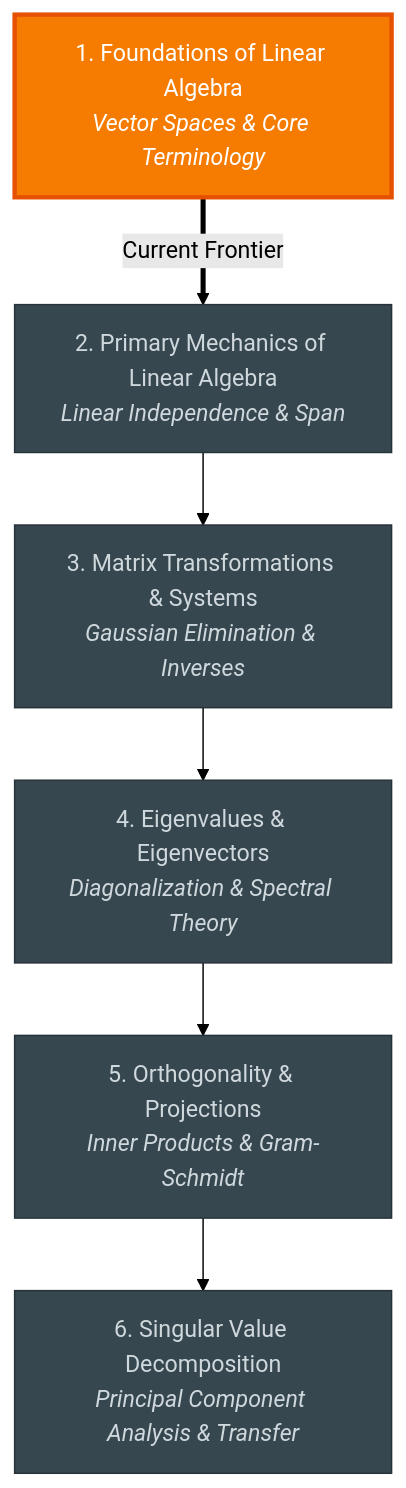
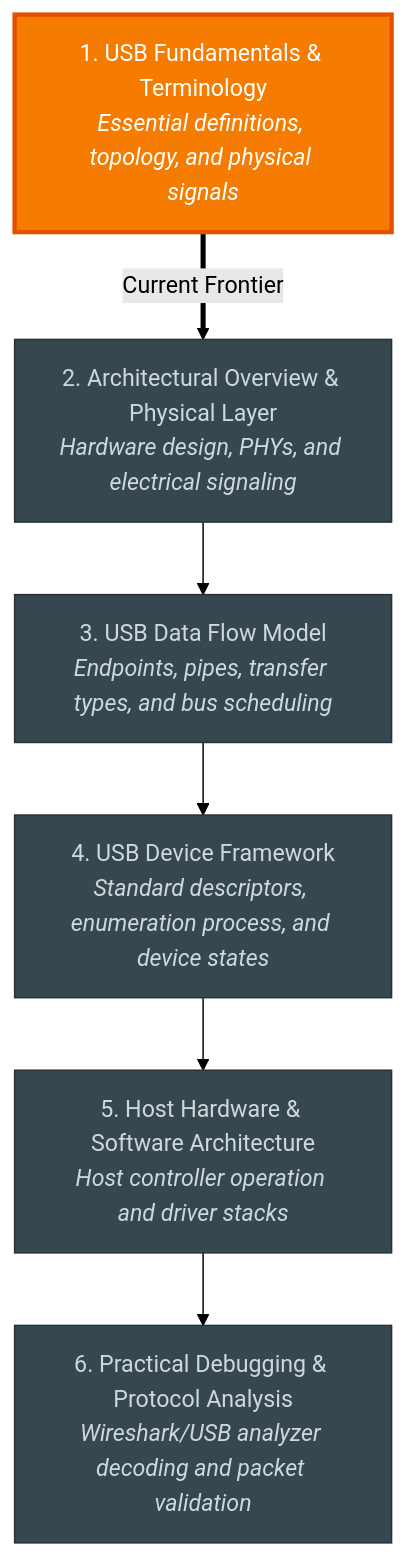
One commit to Samuel-Habib/ai_learning_assistant changed the diagram in md/01_CURRICULUM_ROADMAP.md. Above: the diagram before and after it, drawn with Mermaid (forest theme). The commit also changed other lines of this file and 23 other files, not shown here.

````diff
--- a/md/01_CURRICULUM_ROADMAP.md
+++ b/md/01_CURRICULUM_ROADMAP.md
@@ -9,19 +9,19 @@
 ```mermaid
 flowchart TD
     classDef mastered fill:#2e7d32,stroke:#1b5e20,stroke-width:2px,color:#fff;
     classDef current fill:#f57c00,stroke:#e65100,stroke-width:3px,color:#fff;
     classDef upcoming fill:#37474f,stroke:#263238,stroke-width:1px,color:#cfd8dc;
 
-    M1["1. Foundations of Linear Algebra<br/><i>Vector Spaces & Core Terminology</i>"]:::current
-    M2["2. Primary Mechanics of Linear Algebra<br/><i>Linear Independence & Span</i>"]:::upcoming
-    M3["3. Matrix Transformations & Systems<br/><i>Gaussian Elimination & Inverses</i>"]:::upcoming
-    M4["4. Eigenvalues & Eigenvectors<br/><i>Diagonalization & Spectral Theory</i>"]:::upcoming
-    M5["5. Orthogonality & Projections<br/><i>Inner Products & Gram-Schmidt</i>"]:::upcoming
-    M6["6. Singular Value Decomposition<br/><i>Principal Component Analysis & Transfer</i>"]:::upcoming
+    M1["1. USB Fundamentals & Terminology<br/><i>Essential definitions, topology, and physical signals</i>"]:::current
+    M2["2. Architectural Overview & Physical Layer<br/><i>Hardware design, PHYs, and electrical signaling</i>"]:::upcoming
+    M3["3. USB Data Flow Model<br/><i>Endpoints, pipes, transfer types, and bus scheduling</i>"]:::upcoming
+    M4["4. USB Device Framework<br/><i>Standard descriptors, enumeration process, and device states</i>"]:::upcoming
+    M5["5. Host Hardware & Software Architecture<br/><i>Host controller operation and driver stacks</i>"]:::upcoming
+    M6["6. Practical Debugging & Protocol Analysis<br/><i>Wireshark/USB analyzer decoding and packet validation</i>"]:::upcoming
 
     M1 ==>|Current Frontier| M2
     M2 --> M3
     M3 --> M4
     M4 --> M5
     M5 --> M6
 ```
````
